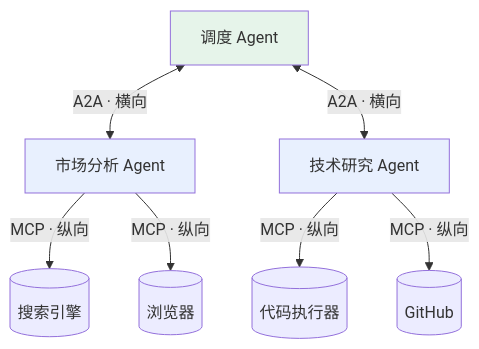
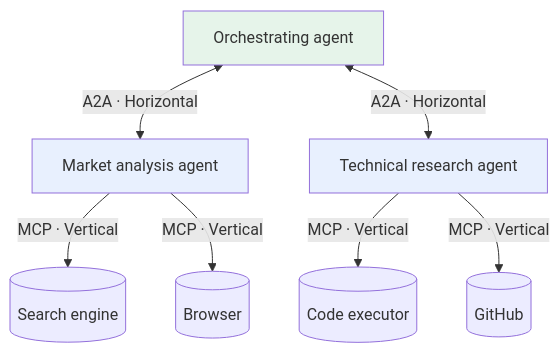
One commit to oneleaveknowsthefall/awesome-ai-roadmap changed the third of 3 diagrams in docs/tools/04-agent-communication/11-a2a-protocol.md. Above: the diagram before and after it, drawn with Mermaid. The commit also changed other lines of this file and 42 other files, not shown here.

````diff
--- a/docs/tools/04-agent-communication/11-a2a-protocol.md
+++ b/docs/tools/04-agent-communication/11-a2a-protocol.md
@@ -211,18 +211,18 @@
 ```mermaid
 flowchart TB
-    A1["市场分析 Agent"]
-    A2["技术研究 Agent"]
-    ORCH["调度 Agent"]
+    A1["Market analysis agent"]
+    A2["Technical research agent"]
+    ORCH["Orchestrating agent"]
 
-    ORCH <-->|"A2A · 横向"| A1
-    ORCH <-->|"A2A · 横向"| A2
+    ORCH <-->|"A2A · Horizontal"| A1
+    ORCH <-->|"A2A · Horizontal"| A2
 
-    A1 -->|"MCP · 纵向"| T1[(搜索引擎)]
-    A1 -->|"MCP · 纵向"| T2[(浏览器)]
-    A2 -->|"MCP · 纵向"| T3[(代码执行器)]
-    A2 -->|"MCP · 纵向"| T4[(GitHub)]
+    A1 -->|"MCP · Vertical"| T1[(Search engine)]
+    A1 -->|"MCP · Vertical"| T2[(Browser)]
+    A2 -->|"MCP · Vertical"| T3[(Code executor)]
+    A2 -->|"MCP · Vertical"| T4[(GitHub)]
 
     style ORCH fill:#e6f4ea
     style A1 fill:#e8f0fe
     style A2 fill:#e8f0fe
 ```
````
